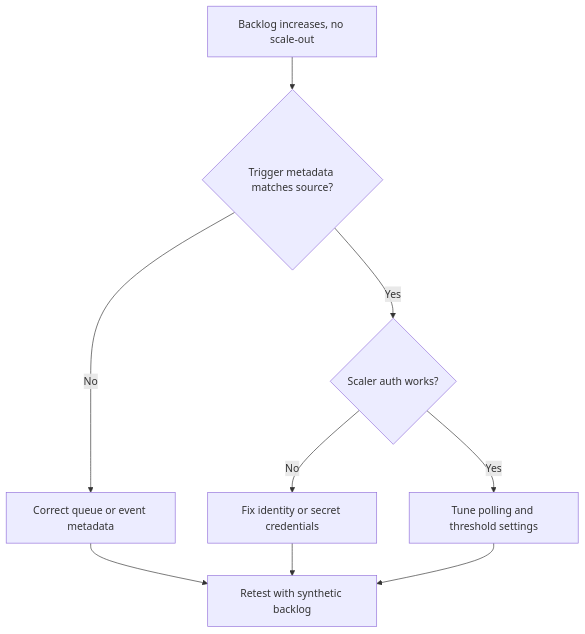
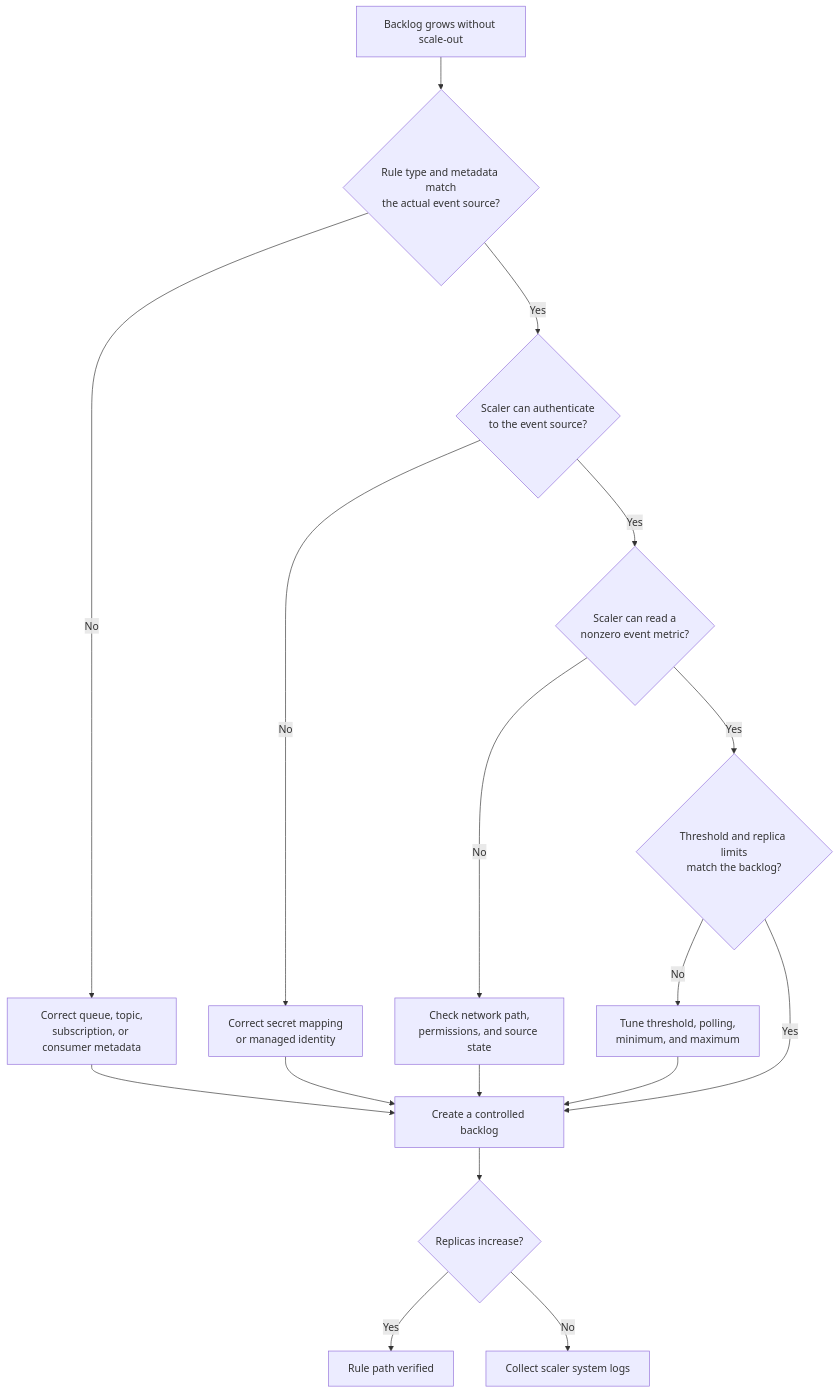
One commit to yeongseon/azure-container-apps-practical-guide changed the diagram in docs/troubleshooting/playbooks/scaling-and-runtime/event-scaler-mismatch.md. Above: the diagram before and after it, drawn with Mermaid. The commit also changed other lines of this file and 28 other files, not shown here.

Commit message:
docs(diagrams): migrate playbook diagnostic flows (#627)

````diff
--- a/docs/troubleshooting/playbooks/scaling-and-runtime/event-scaler-mismatch.md
+++ b/docs/troubleshooting/playbooks/scaling-and-runtime/event-scaler-mismatch.md
@@ -38,11 +38,22 @@
 ```mermaid
 flowchart TD
-    A[Backlog increases, no scale-out] --> B{Trigger metadata matches source?}
-    B -->|No| C[Correct queue or event metadata]
-    B -->|Yes| D{Scaler auth works?}
-    D -->|No| E[Fix identity or secret credentials]
-    D -->|Yes| F[Tune polling and threshold settings]
-    C --> G[Retest with synthetic backlog]
-    E --> G
-    F --> G
+    accTitle: Diagnose a custom event scaler mismatch
+    accDescr: Validate event-source metadata and scaler authentication before tuning thresholds, then use a controlled backlog to verify that replicas respond within configured limits.
+
+    START[Backlog grows without scale-out] --> SOURCE{Rule type and metadata match<br/>the actual event source?}
+    SOURCE -->|No| METADATA[Correct queue, topic,<br/>subscription, or consumer metadata]
+    SOURCE -->|Yes| AUTH{Scaler can authenticate<br/>to the event source?}
+    AUTH -->|No| CREDENTIALS[Correct secret mapping<br/>or managed identity]
+    AUTH -->|Yes| METRIC{Scaler can read a<br/>nonzero event metric?}
+    METRIC -->|No| CONNECTIVITY[Check network path,<br/>permissions, and source state]
+    METRIC -->|Yes| LIMITS{Threshold and replica limits<br/>match the backlog?}
+    LIMITS -->|No| TUNE[Tune threshold, polling,<br/>minimum, and maximum]
+    LIMITS -->|Yes| TEST[Create a controlled backlog]
+    METADATA --> TEST
+    CREDENTIALS --> TEST
+    CONNECTIVITY --> TEST
+    TUNE --> TEST
+    TEST --> SCALE{Replicas increase?}
+    SCALE -->|Yes| DONE[Rule path verified]
+    SCALE -->|No| EVIDENCE[Collect scaler system logs]
 ```
````
